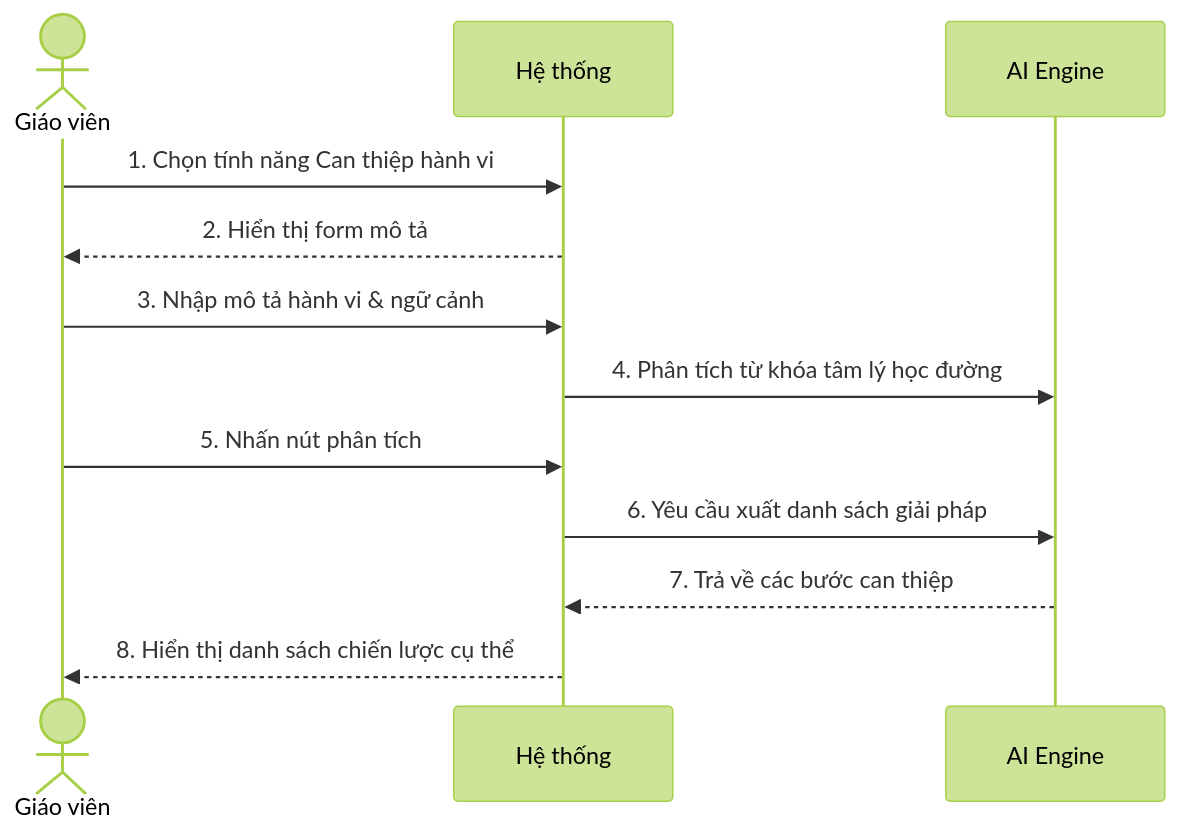
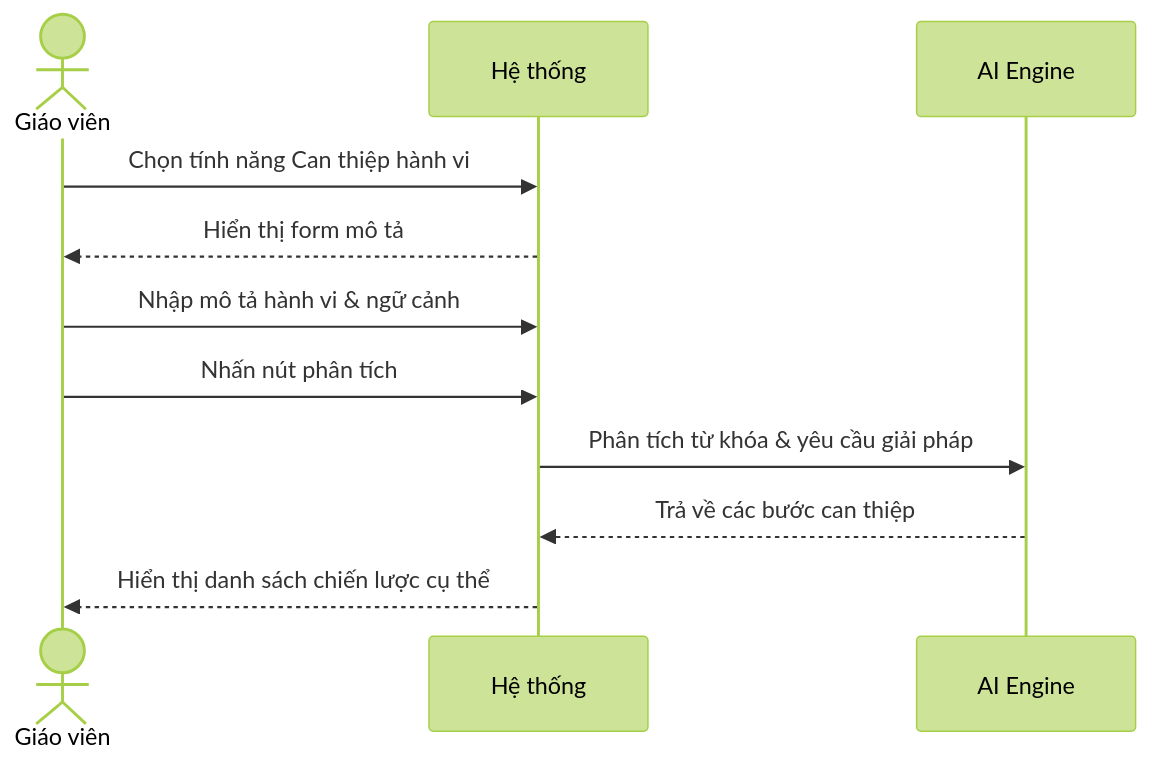
The third of 4 diagrams in docs/nhom_3_communication_admin.md (Cong-ty-TNNH-Q-Tech/Q-School), drawn with Mermaid (forest theme) before and after one commit. The commit also changed other lines of this file and 5 other files, not shown here.

Commit message:
docs: refine sequence diagrams logical flow and remove step numbers

````diff
--- a/docs/nhom_3_communication_admin.md
+++ b/docs/nhom_3_communication_admin.md
@@ -87,15 +87,14 @@
 ```mermaid
 sequenceDiagram
     actor GV as Giáo viên
     participant HT as Hệ thống
     participant AI as AI Engine
 
-    GV->>HT: 1. Chọn tính năng Can thiệp hành vi
-    HT-->>GV: 2. Hiển thị form mô tả
-    GV->>HT: 3. Nhập mô tả hành vi & ngữ cảnh
-    HT->>AI: 4. Phân tích từ khóa tâm lý học đường
-    GV->>HT: 5. Nhấn nút phân tích
-    HT->>AI: 6. Yêu cầu xuất danh sách giải pháp
-    AI-->>HT: 7. Trả về các bước can thiệp
-    HT-->>GV: 8. Hiển thị danh sách chiến lược cụ thể
+    GV->>HT: Chọn tính năng Can thiệp hành vi
+    HT-->>GV: Hiển thị form mô tả
+    GV->>HT: Nhập mô tả hành vi & ngữ cảnh
+    GV->>HT: Nhấn nút phân tích
+    HT->>AI: Phân tích từ khóa & yêu cầu giải pháp
+    AI-->>HT: Trả về các bước can thiệp
+    HT-->>GV: Hiển thị danh sách chiến lược cụ thể
 ```
````
